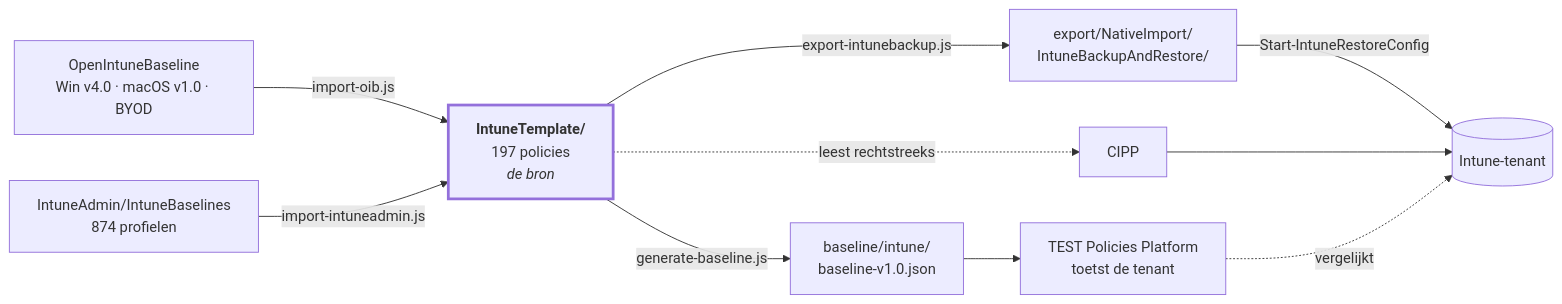
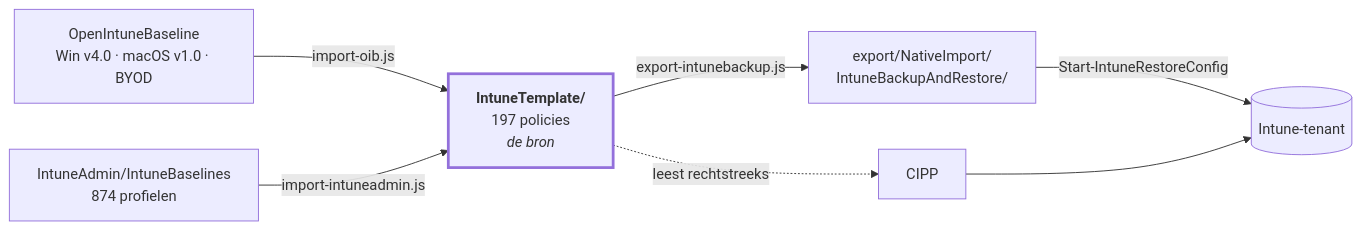
Before and after one commit to sjkanon/IntuneBackup: the diagram in README.md, drawn with Mermaid. The commit also changed other lines of this file and 678 other files, not shown here.

First line of the commit message:
TEST Policies Platform eruit

````diff
--- a/README.md
+++ b/README.md
@@ -20,21 +20,17 @@
 ```mermaid
 flowchart LR
   OIB["OpenIntuneBaseline<br/>Win v4.0 · macOS v1.0 · BYOD"]
   T["<b>IntuneTemplate/</b><br/>197 policies<br/><i>de bron</i>"]
-  BL["baseline/intune/<br/>baseline-v1.0.json"]
   EX["export/NativeImport/<br/>IntuneBackupAndRestore/"]
   TENANT[("Intune-tenant")]
 
   OIB -->|import-oib.js| T
-  T -->|generate-baseline.js| BL
   T -->|export-intunebackup.js| EX
   T -.->|leest rechtstreeks| CIPP[CIPP]
-  BL --> PLAT["TEST Policies Platform<br/>toetst de tenant"]
   EX -->|Start-IntuneRestoreConfig| TENANT
   CIPP --> TENANT
-  PLAT -.->|vergelijkt| TENANT
 
   IA["IntuneAdmin/IntuneBaselines<br/>874 profielen"] -->|import-intuneadmin.js| T
 
   style T stroke-width:3px
 ```
````
